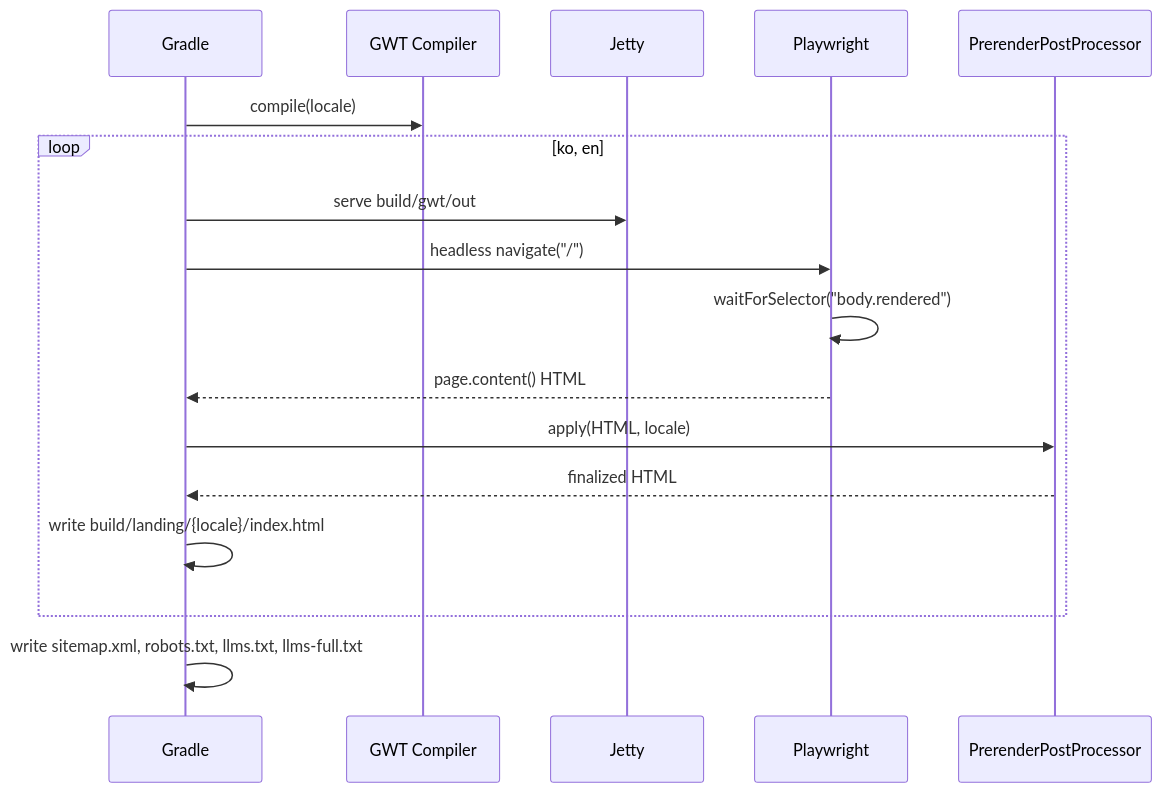
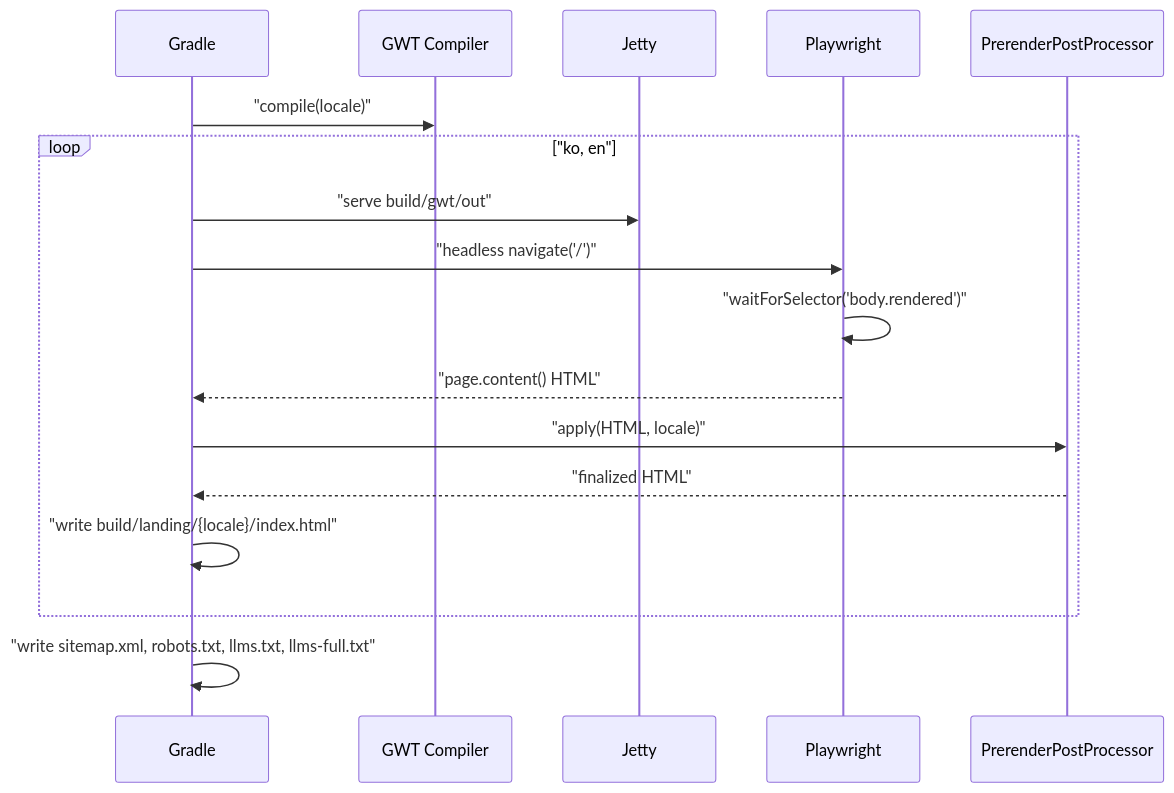
The diagram in landing-ui/USECASE.md (sayaya1090/handbook), drawn with Mermaid before and after one commit. The commit also changed other lines of this file and 22 other files, not shown here.

First line of the commit message:
docs: Mermaid 다이어그램 렌더링 오류 수정을 위한 구문 전수 교정

````diff
--- a/landing-ui/USECASE.md
+++ b/landing-ui/USECASE.md
@@ -24,20 +24,20 @@
 ```mermaid
 sequenceDiagram
     participant G as Gradle
     participant GC as GWT Compiler
     participant J as Jetty
     participant P as Playwright
     participant PP as PrerenderPostProcessor
 
-    G->>GC: compile(locale)
-    loop ko, en
-        G->>J: serve build/gwt/out
-        G->>P: headless navigate("/")
-        P->>P: waitForSelector("body.rendered")
-        P-->>G: page.content() HTML
-        G->>PP: apply(HTML, locale)
-        PP-->>G: finalized HTML
-        G->>G: write build/landing/{locale}/index.html
+    G->>GC: "compile(locale)"
+    loop "ko, en"
+        G->>J: "serve build/gwt/out"
+        G->>P: "headless navigate('/')"
+        P->>P: "waitForSelector('body.rendered')"
+        P-->>G: "page.content() HTML"
+        G->>PP: "apply(HTML, locale)"
+        PP-->>G: "finalized HTML"
+        G->>G: "write build/landing/{locale}/index.html"
     end
-    G->>G: write sitemap.xml, robots.txt, llms.txt, llms-full.txt
+    G->>G: "write sitemap.xml, robots.txt, llms.txt, llms-full.txt"
 ```
````
